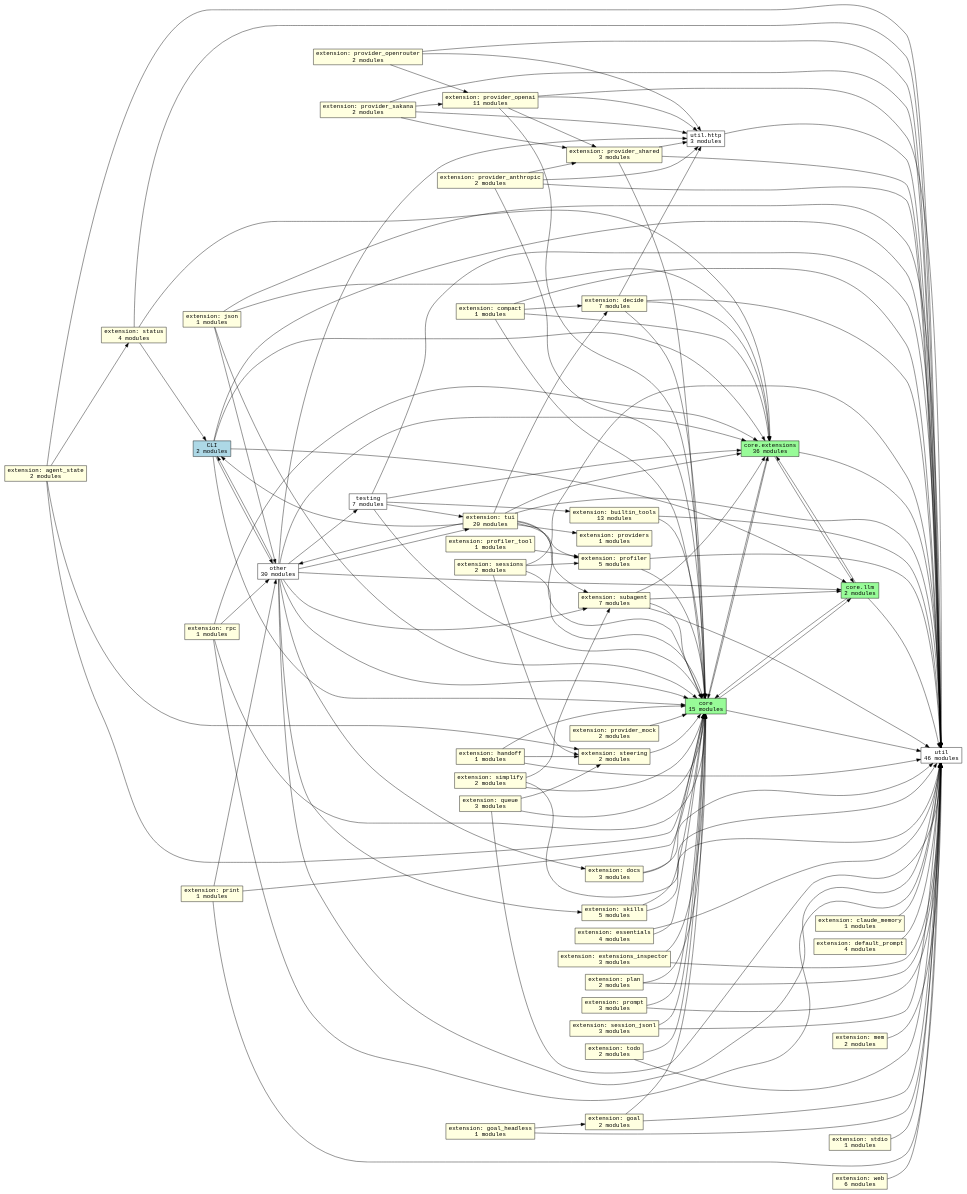
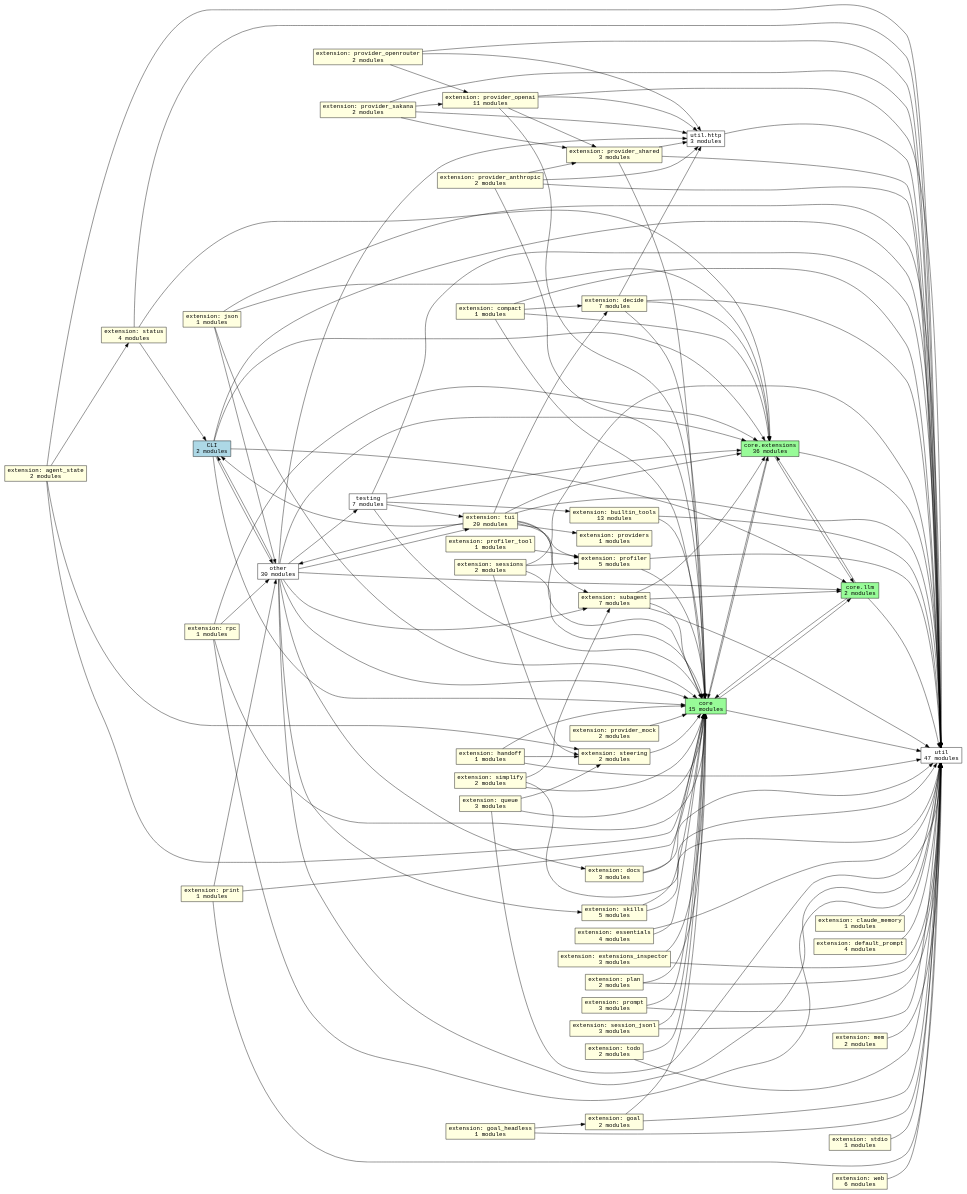
Before and after one commit to acmiyaguchi/fen: the diagram in docs/graphs/subsystems.dot, drawn with Graphviz. The commit also changed 19 other files, not shown here.

```diff
--- a/docs/graphs/subsystems.dot
+++ b/docs/graphs/subsystems.dot
@@ -1,185 +1,185 @@
 digraph fen_subsystems {
   graph [rankdir=LR];
   node [shape=box, fontname="monospace"];
   edge [fontname="monospace"];
   "cli" [fillcolor="lightblue", label="CLI\n2 modules", style="filled"];
   "core" [fillcolor="palegreen", label="core\n15 modules", style="filled"];
   "core.extensions" [fillcolor="palegreen", label="core.extensions\n36 modules", style="filled"];
   "core.llm" [fillcolor="palegreen", label="core.llm\n2 modules", style="filled"];
   "extension.agent_state" [fillcolor="lightyellow", label="extension: agent_state\n2 modules", style="filled"];
   "extension.builtin_tools" [fillcolor="lightyellow", label="extension: builtin_tools\n13 modules", style="filled"];
   "extension.claude_memory" [fillcolor="lightyellow", label="extension: claude_memory\n1 modules", style="filled"];
   "extension.compact" [fillcolor="lightyellow", label="extension: compact\n1 modules", style="filled"];
   "extension.decide" [fillcolor="lightyellow", label="extension: decide\n7 modules", style="filled"];
   "extension.default_prompt" [fillcolor="lightyellow", label="extension: default_prompt\n4 modules", style="filled"];
   "extension.docs" [fillcolor="lightyellow", label="extension: docs\n3 modules", style="filled"];
   "extension.essentials" [fillcolor="lightyellow", label="extension: essentials\n4 modules", style="filled"];
   "extension.extensions_inspector" [fillcolor="lightyellow", label="extension: extensions_inspector\n3 modules", style="filled"];
   "extension.goal" [fillcolor="lightyellow", label="extension: goal\n2 modules", style="filled"];
   "extension.goal_headless" [fillcolor="lightyellow", label="extension: goal_headless\n1 modules", style="filled"];
   "extension.handoff" [fillcolor="lightyellow", label="extension: handoff\n1 modules", style="filled"];
   "extension.json" [fillcolor="lightyellow", label="extension: json\n1 modules", style="filled"];
   "extension.mem" [fillcolor="lightyellow", label="extension: mem\n2 modules", style="filled"];
   "extension.plan" [fillcolor="lightyellow", label="extension: plan\n2 modules", style="filled"];
   "extension.print" [fillcolor="lightyellow", label="extension: print\n1 modules", style="filled"];
   "extension.profiler" [fillcolor="lightyellow", label="extension: profiler\n5 modules", style="filled"];
   "extension.profiler_tool" [fillcolor="lightyellow", label="extension: profiler_tool\n1 modules", style="filled"];
   "extension.prompt" [fillcolor="lightyellow", label="extension: prompt\n3 modules", style="filled"];
   "extension.provider_anthropic" [fillcolor="lightyellow", label="extension: provider_anthropic\n2 modules", style="filled"];
   "extension.provider_mock" [fillcolor="lightyellow", label="extension: provider_mock\n2 modules", style="filled"];
   "extension.provider_openai" [fillcolor="lightyellow", label="extension: provider_openai\n11 modules", style="filled"];
   "extension.provider_openrouter" [fillcolor="lightyellow", label="extension: provider_openrouter\n2 modules", style="filled"];
   "extension.provider_sakana" [fillcolor="lightyellow", label="extension: provider_sakana\n2 modules", style="filled"];
   "extension.provider_shared" [fillcolor="lightyellow", label="extension: provider_shared\n3 modules", style="filled"];
   "extension.providers" [fillcolor="lightyellow", label="extension: providers\n1 modules", style="filled"];
   "extension.queue" [fillcolor="lightyellow", label="extension: queue\n3 modules", style="filled"];
   "extension.rpc" [fillcolor="lightyellow", label="extension: rpc\n1 modules", style="filled"];
   "extension.session_jsonl" [fillcolor="lightyellow", label="extension: session_jsonl\n3 modules", style="filled"];
   "extension.sessions" [fillcolor="lightyellow", label="extension: sessions\n2 modules", style="filled"];
   "extension.simplify" [fillcolor="lightyellow", label="extension: simplify\n2 modules", style="filled"];
   "extension.skills" [fillcolor="lightyellow", label="extension: skills\n5 modules", style="filled"];
   "extension.status" [fillcolor="lightyellow", label="extension: status\n4 modules", style="filled"];
   "extension.stdio" [fillcolor="lightyellow", label="extension: stdio\n1 modules", style="filled"];
   "extension.steering" [fillcolor="lightyellow", label="extension: steering\n2 modules", style="filled"];
   "extension.subagent" [fillcolor="lightyellow", label="extension: subagent\n7 modules", style="filled"];
   "extension.todo" [fillcolor="lightyellow", label="extension: todo\n2 modules", style="filled"];
   "extension.tui" [fillcolor="lightyellow", label="extension: tui\n20 modules", style="filled"];
   "extension.web" [fillcolor="lightyellow", label="extension: web\n6 modules", style="filled"];
   "other" [fillcolor="white", label="other\n30 modules", style="filled"];
   "testing" [fillcolor="white", label="testing\n7 modules", style="filled"];
-  "util" [fillcolor="white", label="util\n46 modules", style="filled"];
+  "util" [fillcolor="white", label="util\n47 modules", style="filled"];
   "util.http" [fillcolor="white", label="util.http\n3 modules", style="filled"];
   "cli" -> "core";
   "cli" -> "core.extensions";
   "cli" -> "core.llm";
   "cli" -> "other";
   "cli" -> "util";
   "core" -> "core.extensions";
   "core" -> "core.llm";
   "core" -> "util";
   "core.extensions" -> "core";
   "core.extensions" -> "core.llm";
   "core.extensions" -> "util";
   "core.llm" -> "core";
   "core.llm" -> "core.extensions";
   "core.llm" -> "util";
   "extension.agent_state" -> "core";
   "extension.agent_state" -> "extension.status";
   "extension.agent_state" -> "extension.steering";
   "extension.agent_state" -> "util";
   "extension.builtin_tools" -> "core";
   "extension.builtin_tools" -> "util";
   "extension.claude_memory" -> "util";
   "extension.compact" -> "core";
   "extension.compact" -> "core.extensions";
   "extension.compact" -> "extension.decide";
   "extension.compact" -> "util";
   "extension.decide" -> "core";
   "extension.decide" -> "core.extensions";
   "extension.decide" -> "util";
   "extension.decide" -> "util.http";
   "extension.default_prompt" -> "util";
   "extension.docs" -> "core";
   "extension.docs" -> "util";
   "extension.essentials" -> "core";
   "extension.essentials" -> "util";
   "extension.extensions_inspector" -> "core";
   "extension.extensions_inspector" -> "util";
   "extension.goal" -> "core";
   "extension.goal" -> "util";
   "extension.goal_headless" -> "extension.goal";
   "extension.goal_headless" -> "util";
   "extension.handoff" -> "core";
   "extension.handoff" -> "extension.steering";
   "extension.handoff" -> "util";
   "extension.json" -> "core";
   "extension.json" -> "core.extensions";
   "extension.json" -> "other";
   "extension.json" -> "util";
   "extension.mem" -> "util";
   "extension.plan" -> "core";
   "extension.plan" -> "util";
   "extension.print" -> "core";
   "extension.print" -> "other";
   "extension.print" -> "util";
   "extension.profiler" -> "core";
   "extension.profiler" -> "util";
   "extension.profiler_tool" -> "extension.profiler";
   "extension.prompt" -> "core";
   "extension.prompt" -> "util";
   "extension.provider_anthropic" -> "core";
   "extension.provider_anthropic" -> "extension.provider_shared";
   "extension.provider_anthropic" -> "util";
   "extension.provider_anthropic" -> "util.http";
   "extension.provider_mock" -> "core";
   "extension.provider_openai" -> "core";
   "extension.provider_openai" -> "extension.provider_shared";
   "extension.provider_openai" -> "util";
   "extension.provider_openai" -> "util.http";
   "extension.provider_openrouter" -> "extension.provider_openai";
   "extension.provider_openrouter" -> "util";
   "extension.provider_openrouter" -> "util.http";
   "extension.provider_sakana" -> "extension.provider_openai";
   "extension.provider_sakana" -> "extension.provider_shared";
   "extension.provider_sakana" -> "util";
   "extension.provider_sakana" -> "util.http";
   "extension.provider_shared" -> "core";
   "extension.provider_shared" -> "util";
   "extension.provider_shared" -> "util.http";
   "extension.queue" -> "core";
   "extension.queue" -> "extension.steering";
   "extension.queue" -> "util";
   "extension.rpc" -> "core";
   "extension.rpc" -> "core.extensions";
   "extension.rpc" -> "other";
   "extension.rpc" -> "util";
   "extension.session_jsonl" -> "core";
   "extension.session_jsonl" -> "util";
   "extension.sessions" -> "core";
   "extension.sessions" -> "extension.profiler";
   "extension.sessions" -> "extension.steering";
   "extension.sessions" -> "util";
   "extension.simplify" -> "core";
   "extension.simplify" -> "extension.subagent";
   "extension.simplify" -> "util";
   "extension.skills" -> "core";
   "extension.skills" -> "util";
   "extension.status" -> "cli";
   "extension.status" -> "core.extensions";
   "extension.status" -> "util";
   "extension.stdio" -> "util";
   "extension.steering" -> "core";
   "extension.subagent" -> "core";
   "extension.subagent" -> "core.extensions";
   "extension.subagent" -> "core.llm";
   "extension.subagent" -> "util";
   "extension.todo" -> "core";
   "extension.todo" -> "util";
   "extension.tui" -> "cli";
   "extension.tui" -> "core";
   "extension.tui" -> "core.extensions";
   "extension.tui" -> "extension.decide";
   "extension.tui" -> "extension.profiler";
   "extension.tui" -> "extension.providers";
   "extension.tui" -> "extension.subagent";
   "extension.tui" -> "other";
   "extension.tui" -> "util";
   "extension.web" -> "util";
   "other" -> "cli";
   "other" -> "core";
   "other" -> "core.extensions";
   "other" -> "core.llm";
   "other" -> "extension.docs";
   "other" -> "extension.skills";
   "other" -> "extension.subagent";
   "other" -> "extension.tui";
   "other" -> "testing";
   "other" -> "util";
   "other" -> "util.http";
   "testing" -> "core";
   "testing" -> "core.extensions";
   "testing" -> "extension.builtin_tools";
   "testing" -> "extension.tui";
   "testing" -> "util";
   "util.http" -> "util";
 }
```
